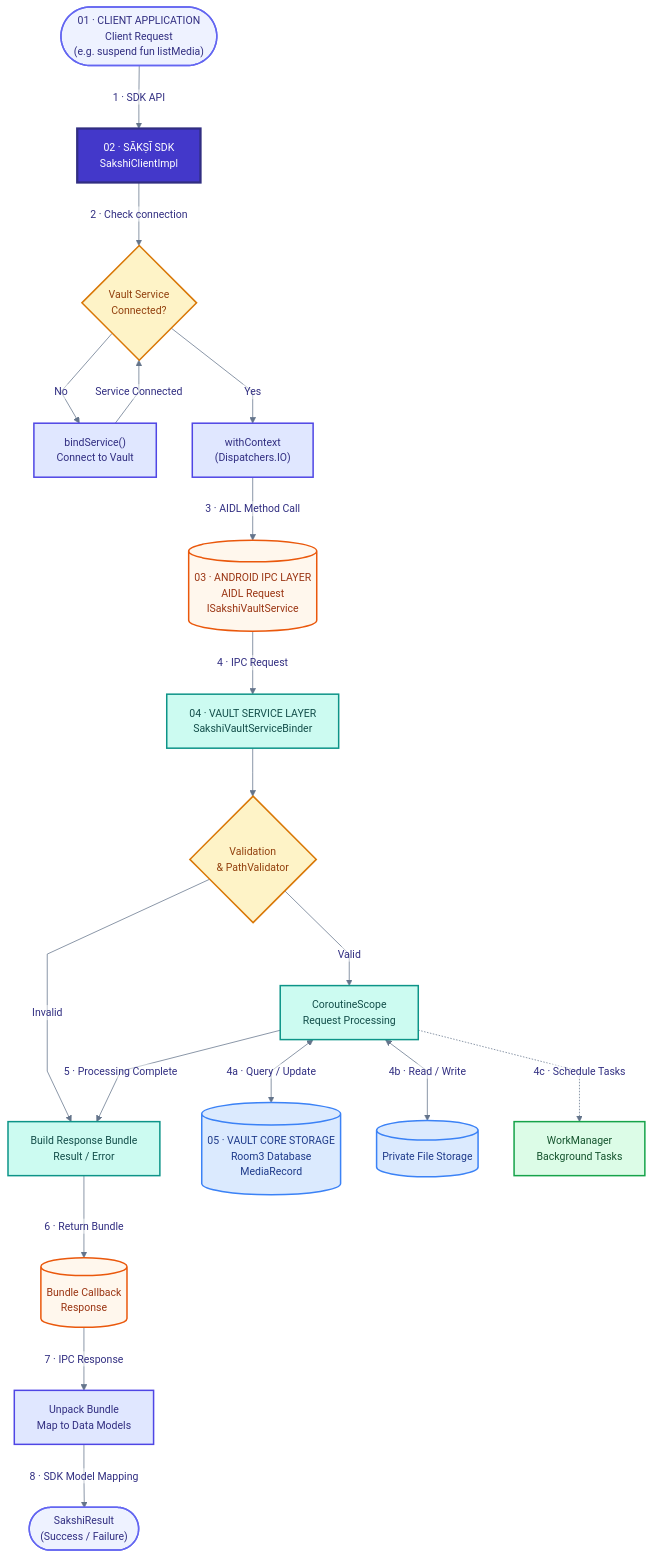
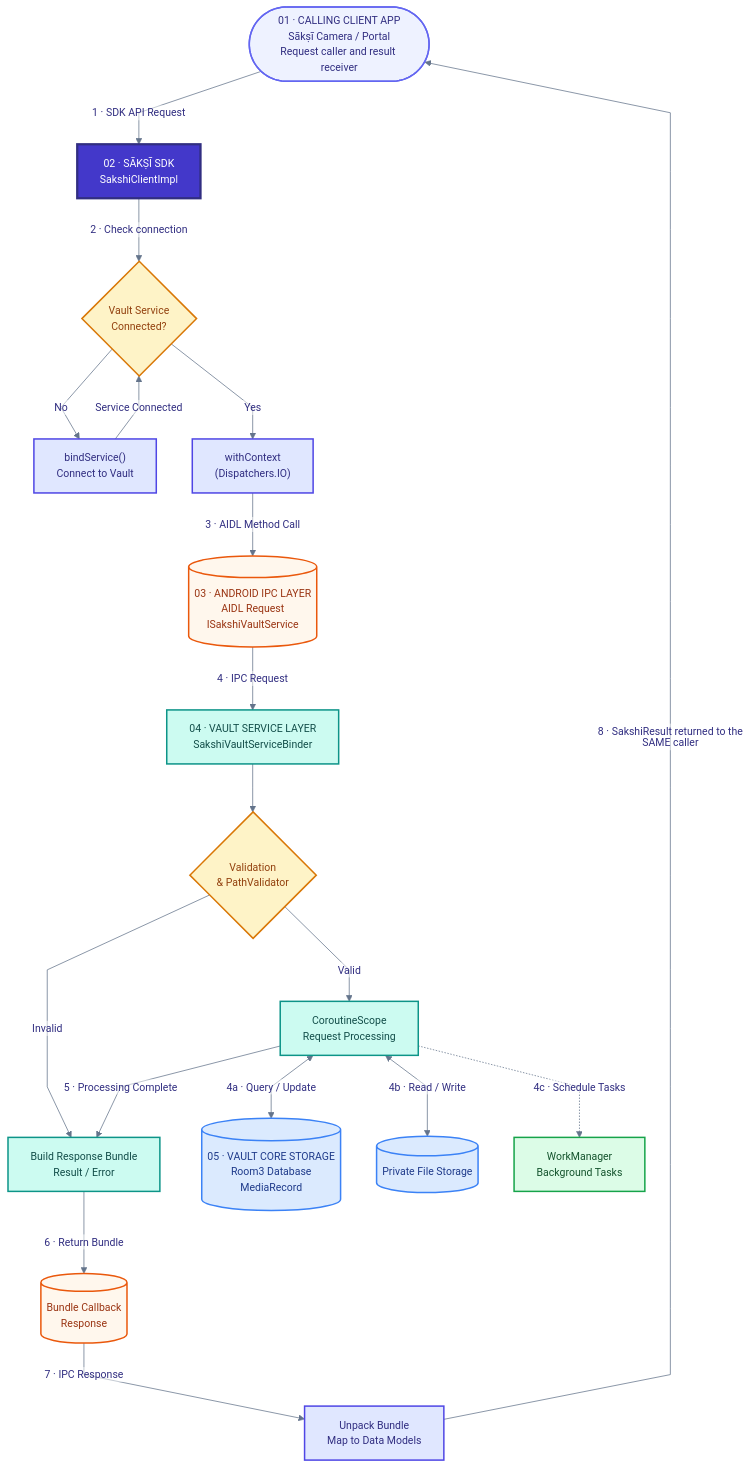
Before and after one commit to RajnishKMehta/Sakshi-Docs: the diagram in developer-guide/concepts/architecture-flow.md, drawn with Mermaid. The commit also changed other lines of this file, not shown here.

Commit message:
Clarify response returns to calling app

```diff
--- a/developer-guide/concepts/architecture-flow.md
+++ b/developer-guide/concepts/architecture-flow.md
@@ -28,8 +28,8 @@
 ---
 flowchart TB
 
-    %% CLIENT APPLICATION
-    ClientReq(["01 · CLIENT APPLICATION<br/>Client Request<br/>(e.g. suspend fun listMedia)"])
+    %% THE SAME CLIENT APP STARTS THE REQUEST AND RECEIVES THE RESULT
+    ClientApp(["01 · CALLING CLIENT APP<br/>Sākṣī Camera / Portal<br/>Request caller and result receiver"])
 
     %% SĀKṢĪ SDK
     SakshiClient["02 · SĀKṢĪ SDK<br/>SakshiClientImpl"]
@@ -37,7 +37,7 @@
     BindService["bindService()<br/>Connect to Vault"]
     DispatchIO["withContext<br/>(Dispatchers.IO)"]
     Unpack["Unpack Bundle<br/>Map to Data Models"]
-    ClientRes(["SakshiResult<br/>(Success / Failure)"])
+
 
     %% ANDROID IPC
     BinderReq[("03 · ANDROID IPC LAYER<br/>AIDL Request<br/>ISakshiVaultService")]
@@ -55,7 +55,7 @@
     WorkManager["WorkManager<br/>Background Tasks"]
 
     %% REQUEST FLOW
-    ClientReq -->|"1 · SDK API"| SakshiClient
+    ClientApp -->|"1 · SDK API Request"| SakshiClient
     SakshiClient -->|"2 · Check connection"| CheckConn
 
     CheckConn -->|"No"| BindService
@@ -78,7 +78,7 @@
     %% RESPONSE FLOW
     PackBundle -->|"6 · Return Bundle"| BinderRes
     BinderRes -->|"7 · IPC Response"| Unpack
-    Unpack -->|"8 · SDK Model Mapping"| ClientRes
+    Unpack -->|"8 · SakshiResult returned to the SAME caller"| ClientApp
 
     %% NODE STYLES
     classDef client fill:#EEF2FF,stroke:#6366F1,stroke-width:2px,color:#312E81
@@ -90,7 +90,7 @@
     classDef storage fill:#DBEAFE,stroke:#3B82F6,stroke-width:2px,color:#1E3A8A
     classDef background fill:#DCFCE7,stroke:#16A34A,stroke-width:2px,color:#14532D
 
-    class ClientReq,ClientRes client
+    class ClientApp client
     class SakshiClient sdkCore
     class BindService,DispatchIO,Unpack sdk
     class CheckConn,Validate decision
```
